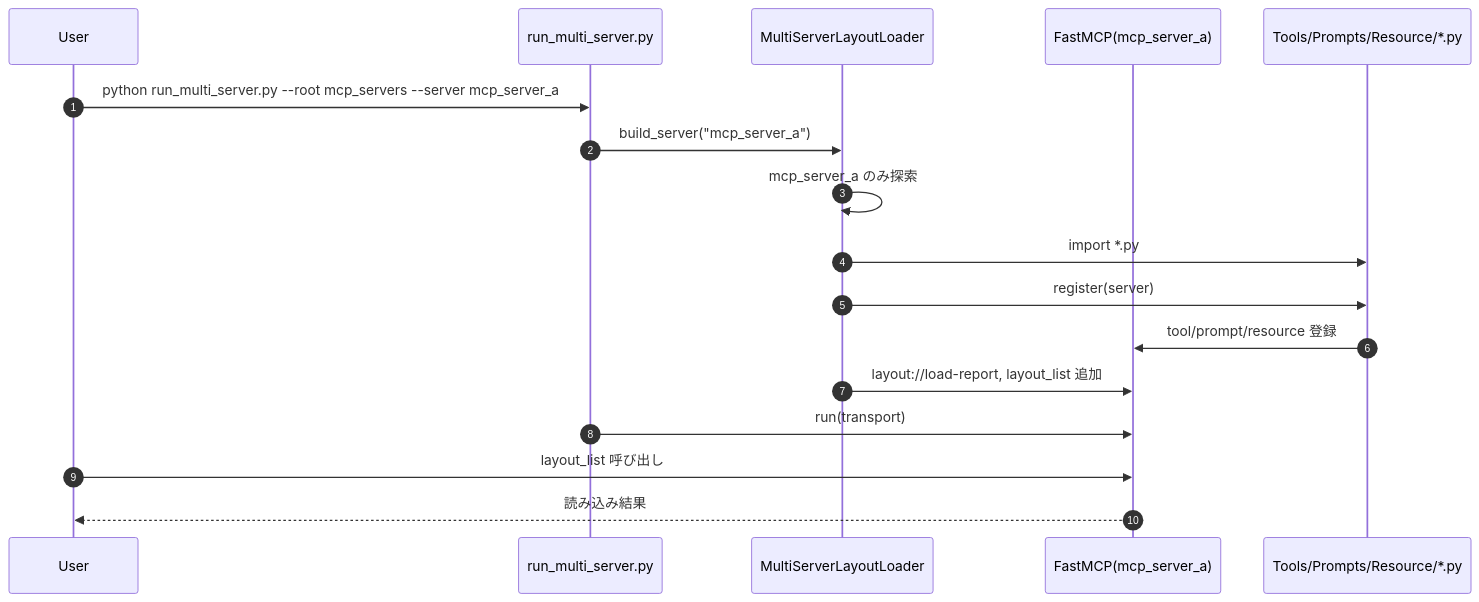
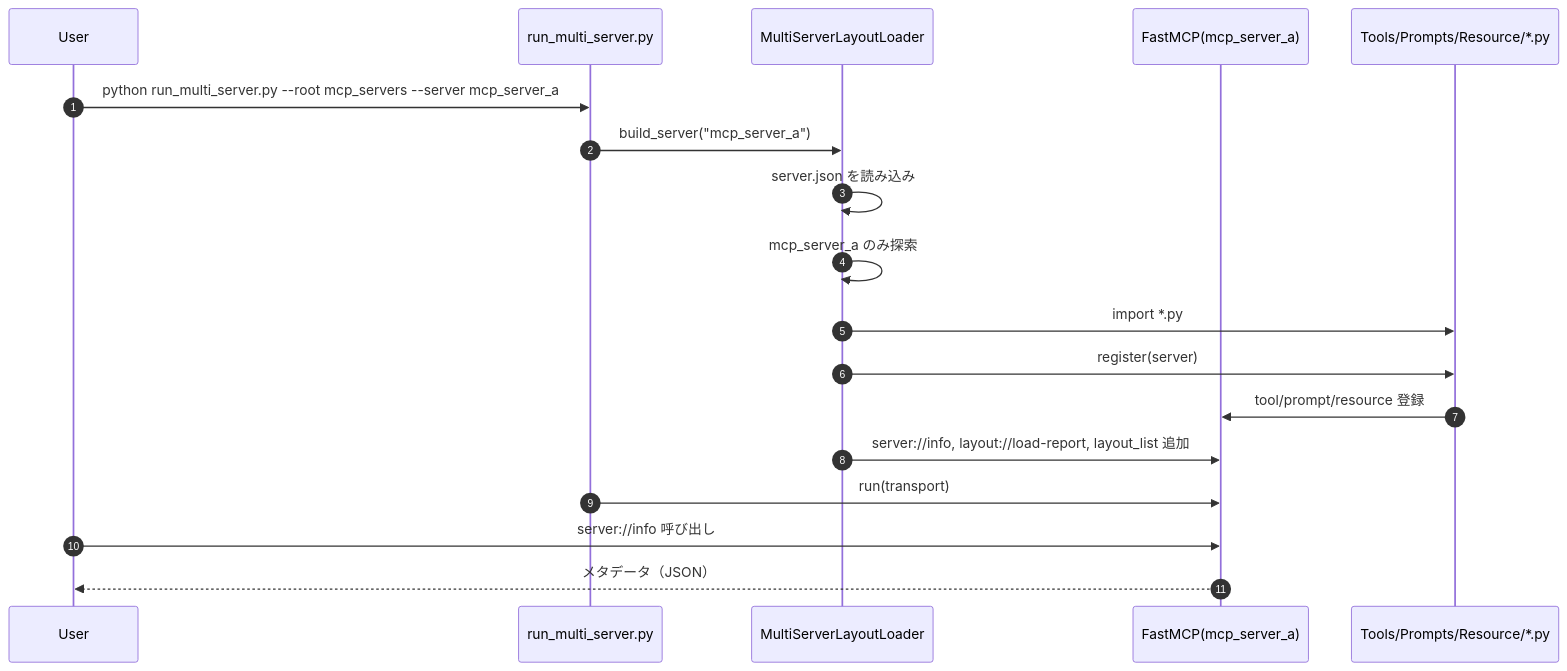
One commit to duwenji/mcp_layout_proposal changed the diagram in README.md. Above: the diagram before and after it, drawn with Mermaid. The commit also changed other lines of this file and 3 other files, not shown here.

Commit message:
Add server.json metadata support for MCP servers

````diff
--- a/README.md
+++ b/README.md
@@ -39,20 +44,21 @@
 ```mermaid
 sequenceDiagram
     autonumber
     participant U as User
     participant R as run_multi_server.py
     participant L as MultiServerLayoutLoader
     participant S as FastMCP(mcp_server_a)
     participant T as Tools/Prompts/Resource/*.py
 
     U->>R: python run_multi_server.py --root mcp_servers --server mcp_server_a
     R->>L: build_server("mcp_server_a")
+    L->>L: server.json を読み込み
     L->>L: mcp_server_a のみ探索
     L->>T: import *.py
     L->>T: register(server)
     T->>S: tool/prompt/resource 登録
-    L->>S: layout://load-report, layout_list 追加
+    L->>S: server://info, layout://load-report, layout_list 追加
     R->>S: run(transport)
-    U->>S: layout_list 呼び出し
-    S-->>U: 読み込み結果
+    U->>S: server://info 呼び出し
+    S-->>U: メタデータ（JSON）
 ```
````
